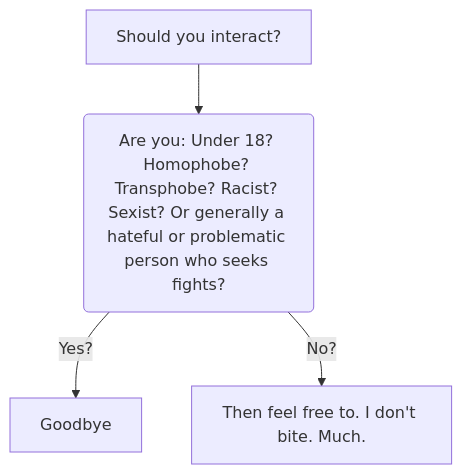
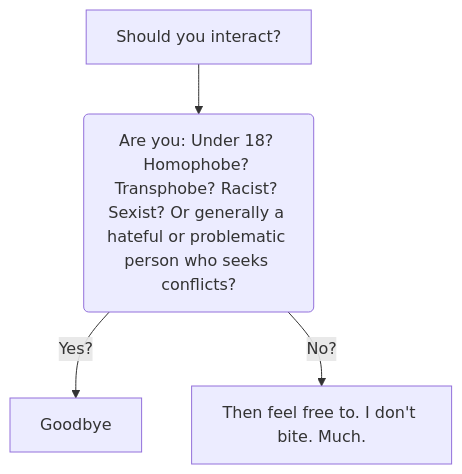
Before and after one commit to JinxxSixx6/JinxxSixx6: the diagram in README.md, drawn with Mermaid. The commit also changed other lines of this file, not shown here.

````diff
--- a/README.md
+++ b/README.md
@@ -16,6 +16,6 @@
 ```mermaid
 graph TD
-  A[Should you interact?] --> B(Are you: Under 18? Homophobe? Transphobe? Racist? Sexist? Or generally a hateful or problematic person who seeks fights?)
+  A[Should you interact?] --> B(Are you: Under 18? Homophobe? Transphobe? Racist? Sexist? Or generally a hateful or problematic person who seeks conflicts?)
   B -->|Yes?| C[Goodbye]
   B -->|No?| D[Then feel free to. I don't bite. Much. ]
 ```
````
